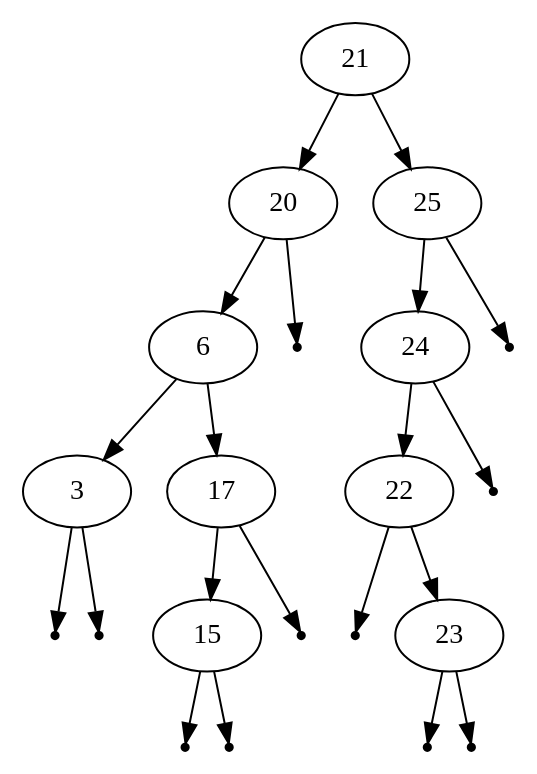
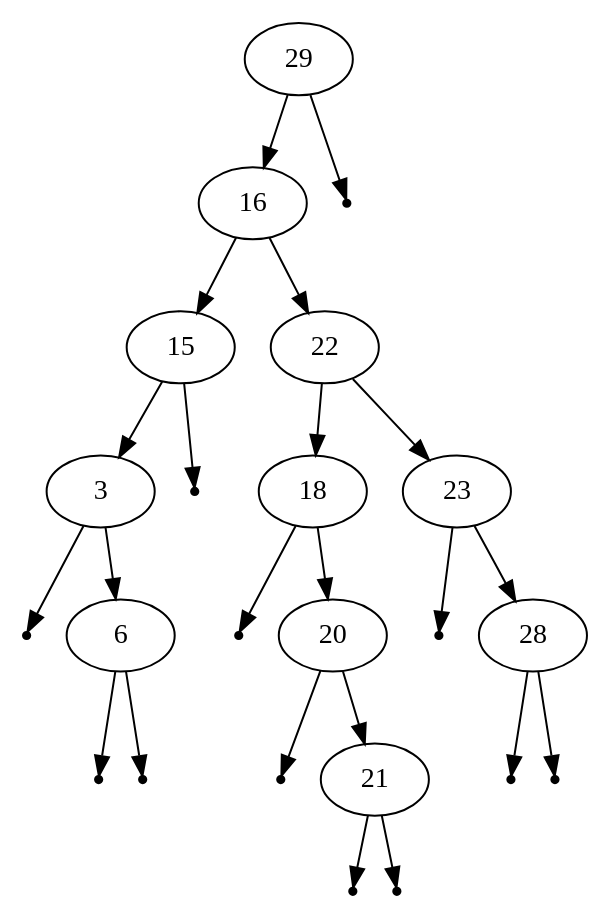
One commit to weiss-i-net/progra changed the diagram in zettel05/aufgabe06/t1.dot. Above: the diagram before and after it, drawn with Graphviz. The commit also changed 20 other files, not shown here.

```diff
--- a/zettel05/aufgabe06/t1.dot
+++ b/zettel05/aufgabe06/t1.dot
@@ -1,34 +1,37 @@
 digraph { 
 graph[ordering="out"]; 
-21 -> 20;
-20 -> 6;
-6 -> 3;
+29 -> 16;
+16 -> 15;
+15 -> 3;
 null0[shape=point]
 3 -> null0;
+3 -> 6;
 null1[shape=point]
-3 -> null1;
-6 -> 17;
-17 -> 15;
+6 -> null1;
 null2[shape=point]
-15 -> null2;
+6 -> null2;
 null3[shape=point]
 15 -> null3;
+16 -> 22;
+22 -> 18;
 null4[shape=point]
-17 -> null4;
+18 -> null4;
+18 -> 20;
 null5[shape=point]
 20 -> null5;
-21 -> 25;
-25 -> 24;
-24 -> 22;
+20 -> 21;
 null6[shape=point]
-22 -> null6;
+21 -> null6;
+null7[shape=point]
+21 -> null7;
 22 -> 23;
-null7[shape=point]
-23 -> null7;
 null8[shape=point]
 23 -> null8;
+23 -> 28;
 null9[shape=point]
-24 -> null9;
+28 -> null9;
 null10[shape=point]
-25 -> null10;
+28 -> null10;
+null11[shape=point]
+29 -> null11;
 }
```
